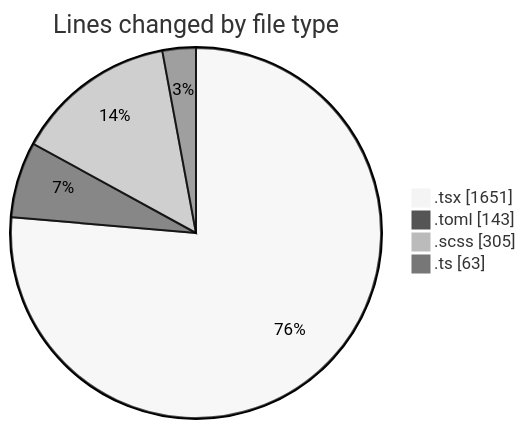
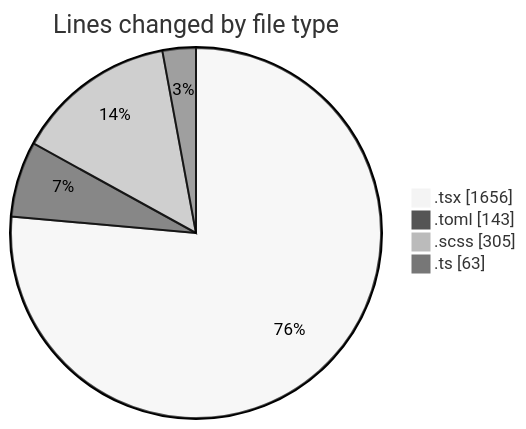
The first of 2 diagrams in 2026-11-02/cda/README.md (momahboobian/code-tracking), drawn with Mermaid (neutral theme) before and after one commit. The commit also changed other lines of this file and 1 other file, not shown here.

````diff
--- a/2026-11-02/cda/README.md
+++ b/2026-11-02/cda/README.md
@@ -31,8 +31,8 @@
 ```mermaid
 pie showData
 title Lines changed by file type
-".tsx" : 1651
+".tsx" : 1656
 ".toml" : 143
 ".scss" : 305
 ".ts" : 63
 ```
````
